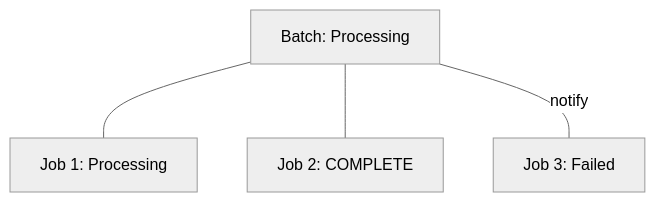
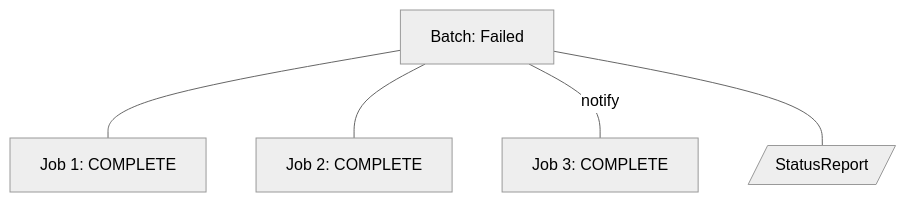
Diagram 30 of 48 in design/use-cases.md (CDLUC3/mrt-zk), drawn with Mermaid (neutral theme) before and after one commit. The commit also changed other lines of this file, not shown here.

Commit message:
mermaid diagrams

````diff
--- a/design/use-cases.md
+++ b/design/use-cases.md
@@ -307,10 +386,13 @@
 ```mermaid
 graph TD
-  Batch[Batch: Processing]
-  Job1[Job 1: Processing]
+  accTitle: 'Batch(Failed) has 3 Jobs (Complete, Complete, Complete)'
+  Batch[Batch: Failed]
+  Job1[Job 1: COMPLETE]
   Job2[Job 2: COMPLETE]
-  Job3[Job 3: Failed]
+  Job3[Job 3: COMPLETE]
   Batch --- Job1
   Batch --- Job2
   Batch --- |notify| Job3
+  StatusReport[/StatusReport/]
+  Batch --- StatusReport
 ```
````
